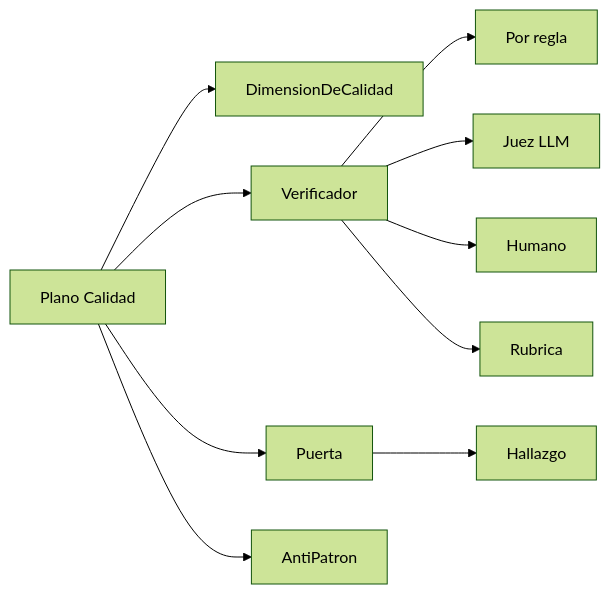
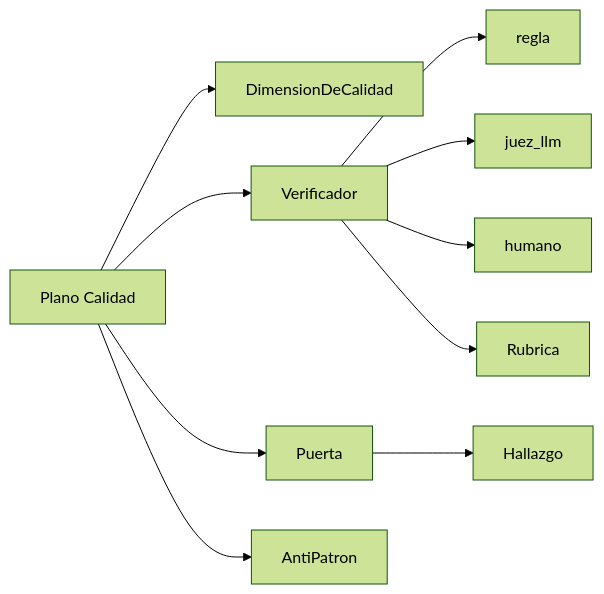
Before and after one commit to SantiagoEspinosa-ai/My_novel_story: the sixth of 9 diagrams in Docs/domain-knowledge.md, drawn with Mermaid (forest theme). The commit also changed other lines of this file and 1 other file, not shown here.

Commit message:
Lote C: literales y recuentos (INC-002, INC-009, INC-011, INC-005a, INC-005b)
PC-1 decia once validadores y listaba doce. Comprobados uno a uno: los doce
comparten el punto ciego, asi que sobraba la palabra y no un identificador.

domain-knowledge.md escribia los estados de escena en mayuscula y los tres
valores de tipo_de_verificador como "Por regla", "Juez LLM" y "Humano".
definitions.md usa exactamente ese ultimo caso como ejemplo de por que las
fichas no enumeran valores; el ejemplo seguia vivo, textual, en el diagrama.

Una cita a §2.4 no nombraba el documento.

````diff
--- a/Docs/domain-knowledge.md
+++ b/Docs/domain-knowledge.md
@@ -103,13 +103,13 @@
 ```mermaid
 flowchart LR
   P5["Plano Calidad"]
   P5 --> Q1["DimensionDeCalidad"]
   P5 --> Q2["Verificador"]
   P5 --> Q3["Puerta"]
   P5 --> Q4["AntiPatron"]
-  Q2 --> V1["Por regla"]
-  Q2 --> V2["Juez LLM"]
-  Q2 --> V3["Humano"]
+  Q2 --> V1["regla"]
+  Q2 --> V2["juez_llm"]
+  Q2 --> V3["humano"]
   Q2 --> V4["Rubrica"]
   Q3 --> G1["Hallazgo"]
 ```
````
